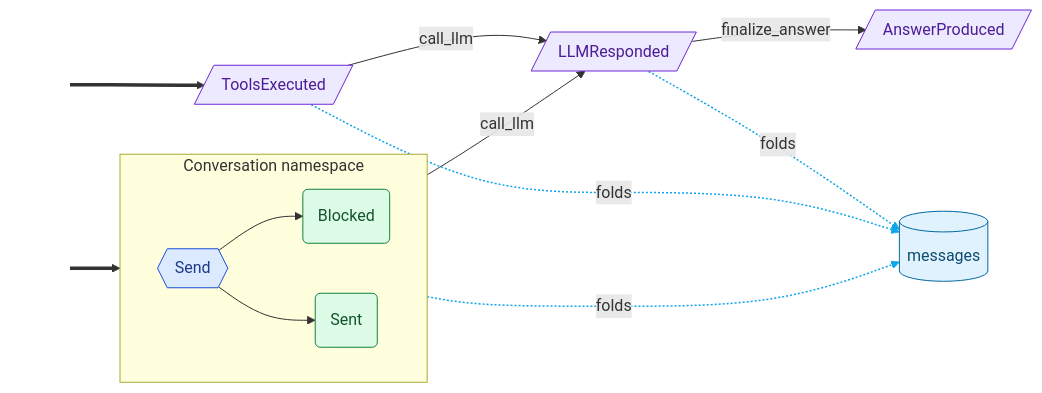
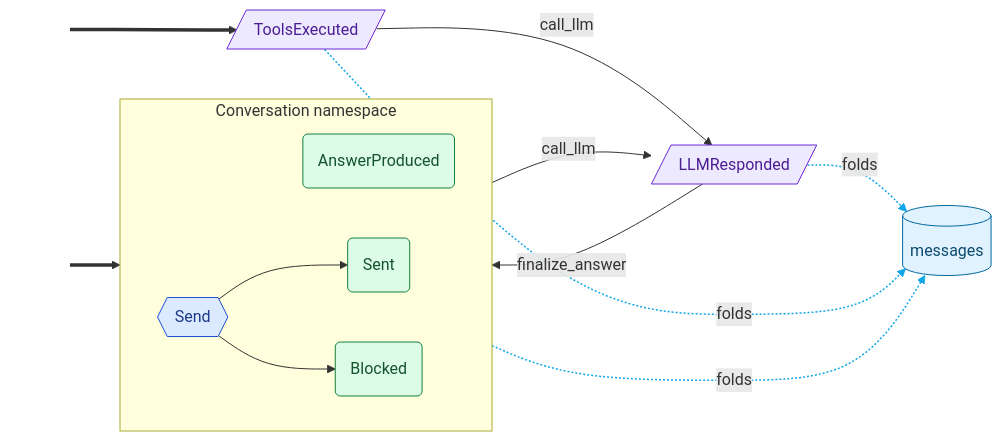
One commit to cadance-io/langgraph-events changed the fourth of 8 diagrams in docs/patterns.md. Above: the diagram before and after it, drawn with Mermaid. The commit also changed other lines of this file and 4 other files, not shown here.

````diff
--- a/docs/patterns.md
+++ b/docs/patterns.md
@@ -232,33 +232,33 @@
     ```mermaid
     graph LR
         classDef entry fill:none,stroke:none,color:none
         classDef cmd fill:#dbeafe,stroke:#1d4ed8,color:#1e3a8a
         classDef devt fill:#dcfce7,stroke:#15803d,color:#14532d
         classDef intg fill:#ede9fe,stroke:#6d28d9,color:#4c1d95
         classDef syst fill:#fef3c7,stroke:#b45309,color:#78350f
         classDef halt fill:#fef3c7,stroke:#b45309,color:#78350f,stroke-width:3px,stroke-dasharray:4 2
         classDef inv fill:#ffedd5,stroke:#c2410c,color:#7c2d12
         classDef reducer fill:#e0f2fe,stroke:#0369a1,color:#0c4a6e
         subgraph Conversation["Conversation namespace"]
             direction LR
+            AnswerProduced(AnswerProduced):::devt
             Blocked(Blocked):::devt
             Send{{Send}}:::cmd
             Sent(Sent):::devt
         end
-        AnswerProduced[/AnswerProduced/]:::intg
         LLMResponded[/LLMResponded/]:::intg
         ToolsExecuted[/ToolsExecuted/]:::intg
         _reducer_messages[(messages)]:::reducer
         _e0_[ ]:::entry ==> Send
         _e1_[ ]:::entry ==> ToolsExecuted
         Send --> Sent
         Send --> Blocked
         Sent -->|call_llm| LLMResponded
         ToolsExecuted -->|call_llm| LLMResponded
         LLMResponded -->|finalize_answer| AnswerProduced
         Sent -.->|folds| _reducer_messages
         LLMResponded -.->|folds| _reducer_messages
         ToolsExecuted -.->|folds| _reducer_messages
     %% Side-effect handlers: audit_trail (Event)
         linkStyle 7,8,9 stroke:#0ea5e9,stroke-width:1.5px,stroke-dasharray:2 2
     ```
````
